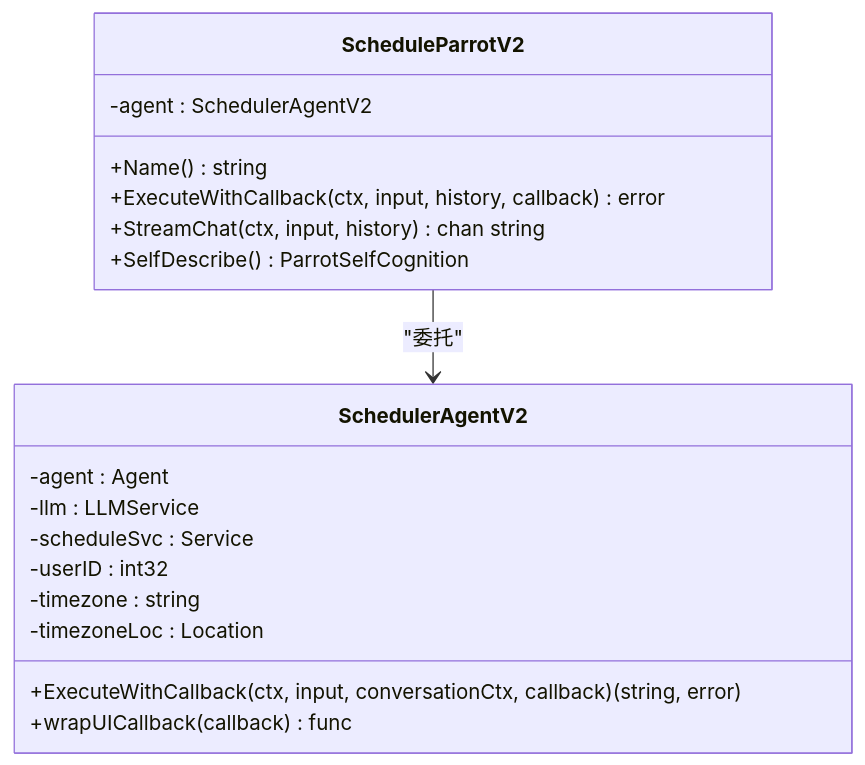
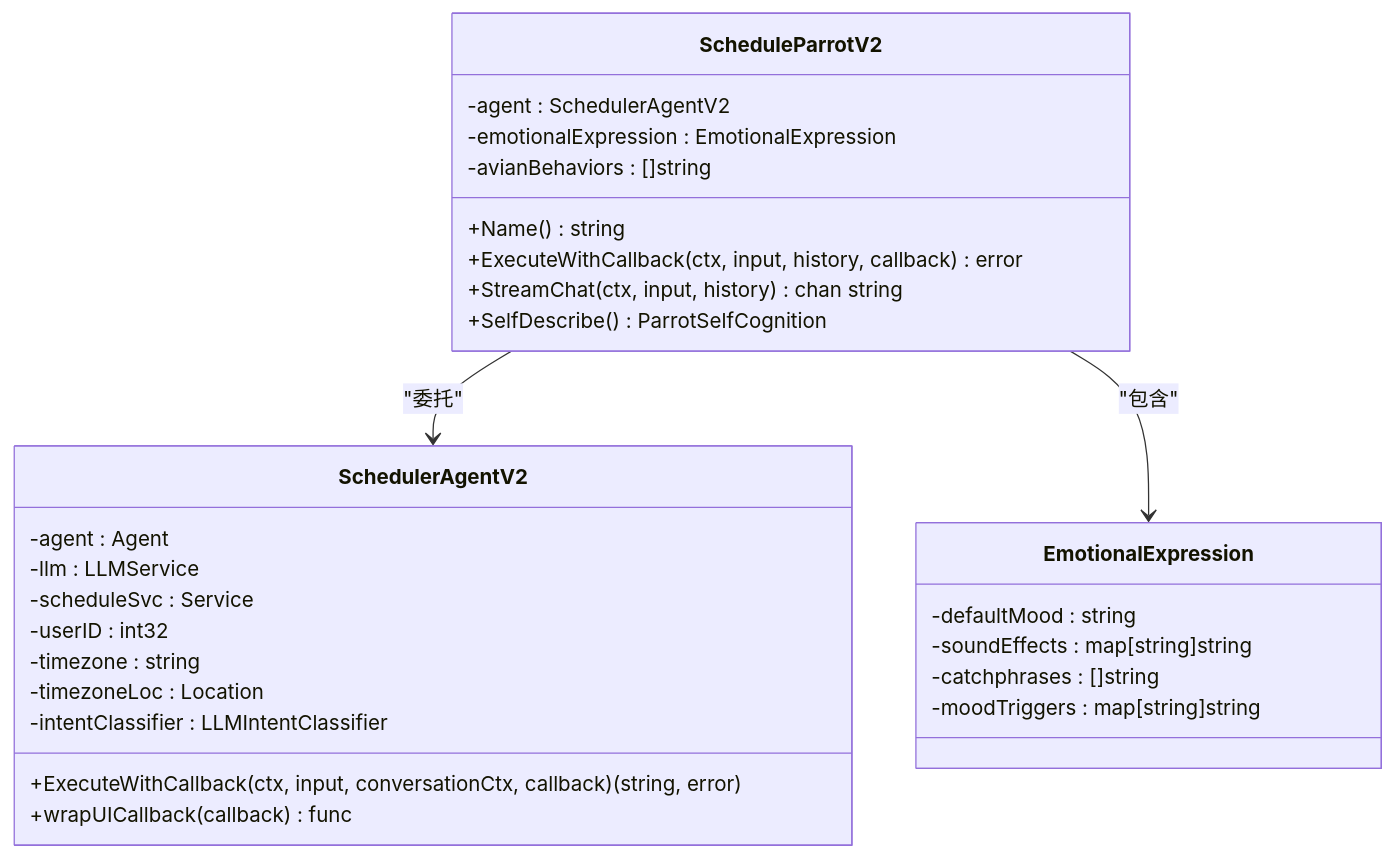
Before and after one commit to hrygo/memos: the fourth of 23 diagrams in .qoder/repowiki/zh/content/AI 增强系统/Parrot 多代理 AI 系统/Schedule Parrot 日程管理代理.md, drawn with Mermaid. The commit also changed other lines of this file and 29 other files, not shown here.

````diff
--- a/.qoder/repowiki/zh/content/AI 增强系统/Parrot 多代理 AI 系统/Schedule Parrot 日程管理代理.md
+++ b/.qoder/repowiki/zh/content/AI 增强系统/Parrot 多代理 AI 系统/Schedule Parrot 日程管理代理.md
@@ -219,21 +307,31 @@
 ```mermaid
 classDiagram
 class ScheduleParrotV2 {
 -agent : SchedulerAgentV2
+-emotionalExpression : EmotionalExpression
+-avianBehaviors : []string
 +Name() string
 +ExecuteWithCallback(ctx, input, history, callback) error
 +StreamChat(ctx, input, history) chan string
 +SelfDescribe() ParrotSelfCognition
 }
 class SchedulerAgentV2 {
 -agent : Agent
 -llm : LLMService
 -scheduleSvc : Service
 -userID : int32
 -timezone : string
 -timezoneLoc : Location
+-intentClassifier : LLMIntentClassifier
 +ExecuteWithCallback(ctx, input, conversationCtx, callback) (string, error)
 +wrapUICallback(callback) func
 }
+class EmotionalExpression {
+-defaultMood : string
+-soundEffects : map[string]string
+-catchphrases : []string
+-moodTriggers : map[string]string
+}
 ScheduleParrotV2 --> SchedulerAgentV2 : "委托"
+ScheduleParrotV2 --> EmotionalExpression : "包含"
 ```
````
